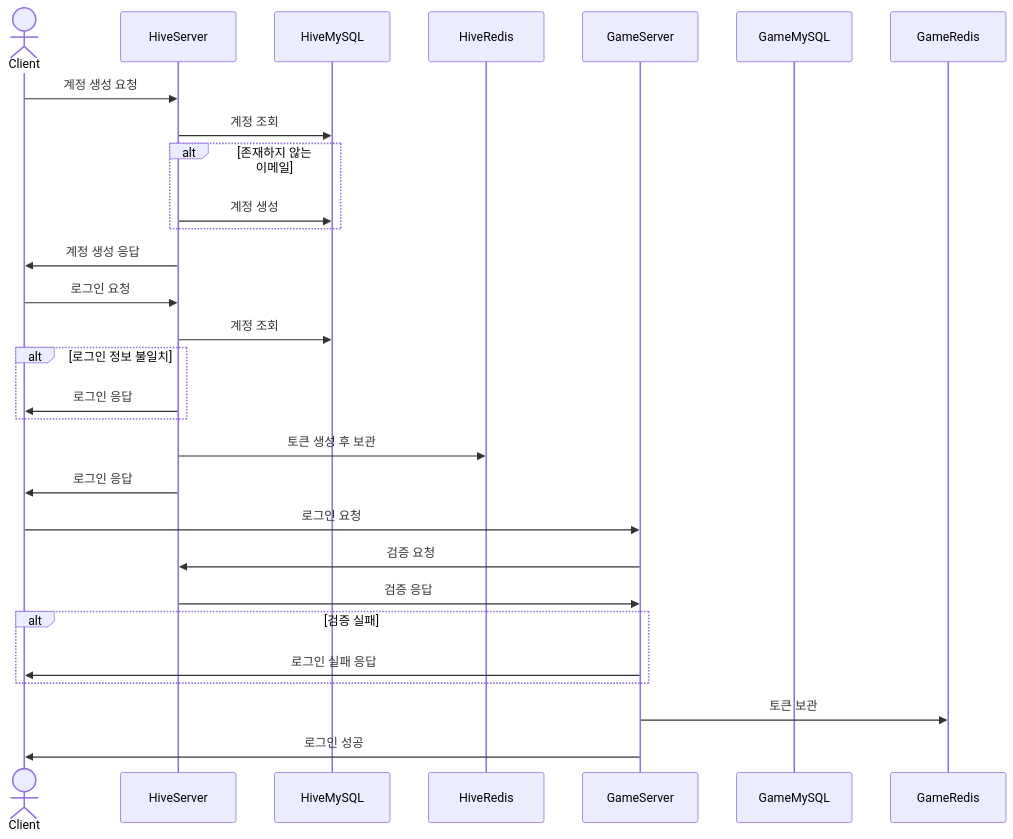
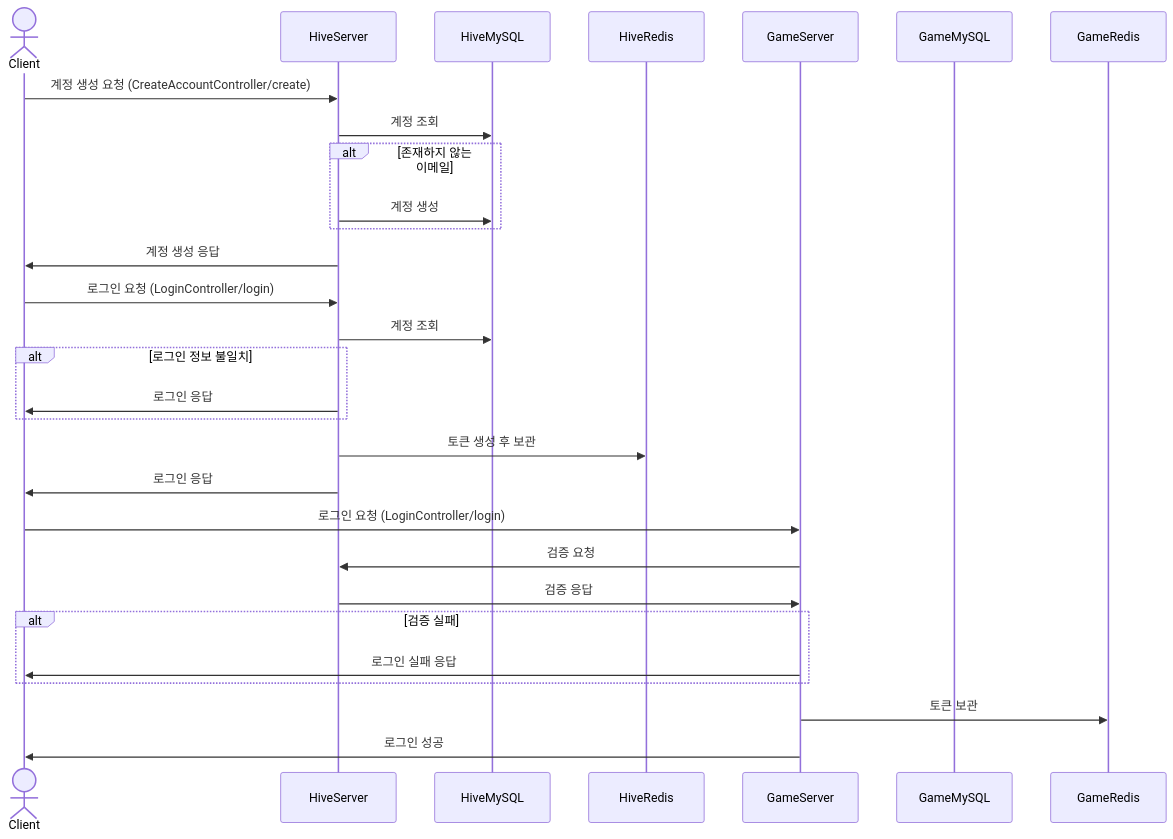
Before and after one commit to ever330/ServerCampus: the diagram in SequenceDiagram.md, drawn with Mermaid.

Commit message:
시퀀스 다이어그램 수정

````diff
--- a/SequenceDiagram.md
+++ b/SequenceDiagram.md
@@ -2,35 +2,35 @@
 ```mermaid
 sequenceDiagram
     actor Client
     participant HiveServer
     participant HiveMySQL
     participant HiveRedis
     participant GameServer
     participant GameMySQL
     participant GameRedis
 
-    Client ->> HiveServer: 계정 생성 요청
+    Client ->> HiveServer: 계정 생성 요청 (CreateAccountController/create)
     HiveServer ->> HiveMySQL: 계정 조회
     alt 존재하지 않는 이메일
         HiveServer ->> HiveMySQL: 계정 생성
     end
 
     HiveServer ->> Client: 계정 생성 응답
-    Client ->> HiveServer: 로그인 요청
+    Client ->> HiveServer: 로그인 요청 (LoginController/login)
     HiveServer ->> HiveMySQL: 계정 조회
     alt 로그인 정보 불일치
         HiveServer ->> Client: 로그인 응답
     end
 
     HiveServer ->> HiveRedis: 토큰 생성 후 보관
     HiveServer ->> Client: 로그인 응답
-    Client ->> GameServer: 로그인 요청
+    Client ->> GameServer: 로그인 요청 (LoginController/login)
     GameServer ->> HiveServer: 검증 요청
     HiveServer ->> GameServer: 검증 응답
     alt 검증 실패
         GameServer ->> Client: 로그인 실패 응답
     end
 
     GameServer ->> GameRedis: 토큰 보관
     GameServer ->> Client: 로그인 성공
 ```
````
